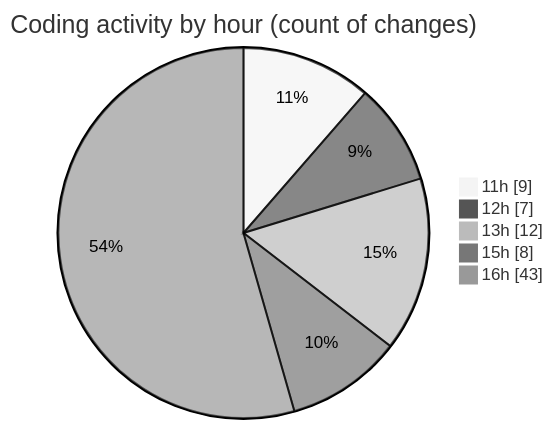
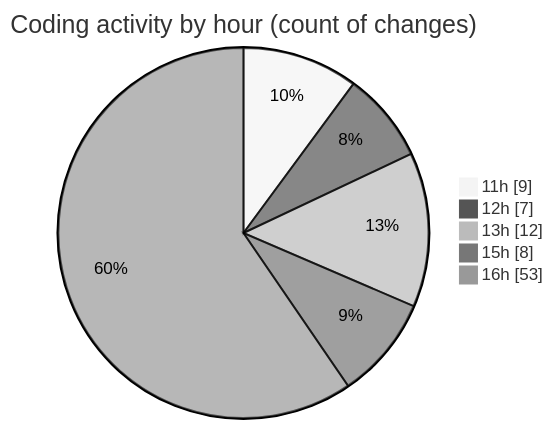
One commit to EIIisD/code-tracking changed the second of 2 diagrams in 2025-08-07/ribbon/README.md. Above: the diagram before and after it, drawn with Mermaid (neutral theme). The commit also changed other lines of this file and 1 other file, not shown here.

````diff
--- a/2025-08-07/ribbon/README.md
+++ b/2025-08-07/ribbon/README.md
@@ -48,9 +48,9 @@
 ```mermaid
 pie showData
 title Coding activity by hour (count of changes)
 "11h" : 9
 "12h" : 7
 "13h" : 12
 "15h" : 8
-"16h" : 43
+"16h" : 53
 ```
````
